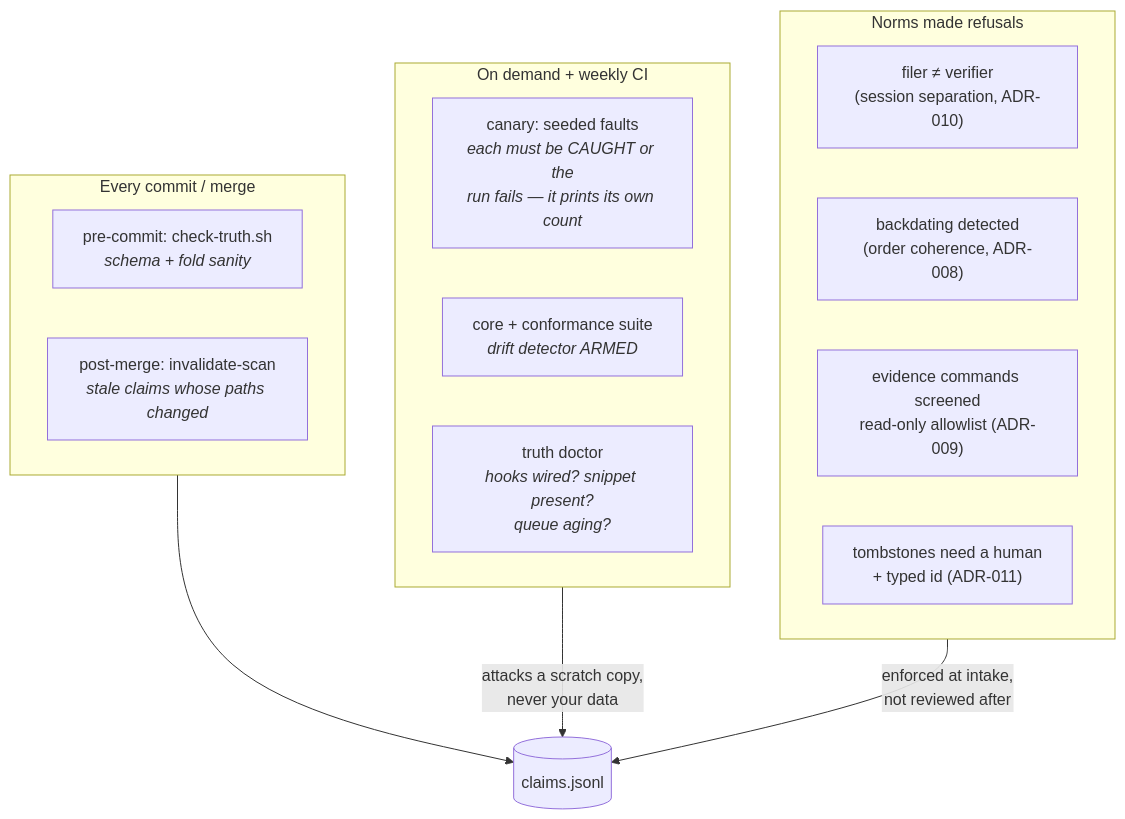
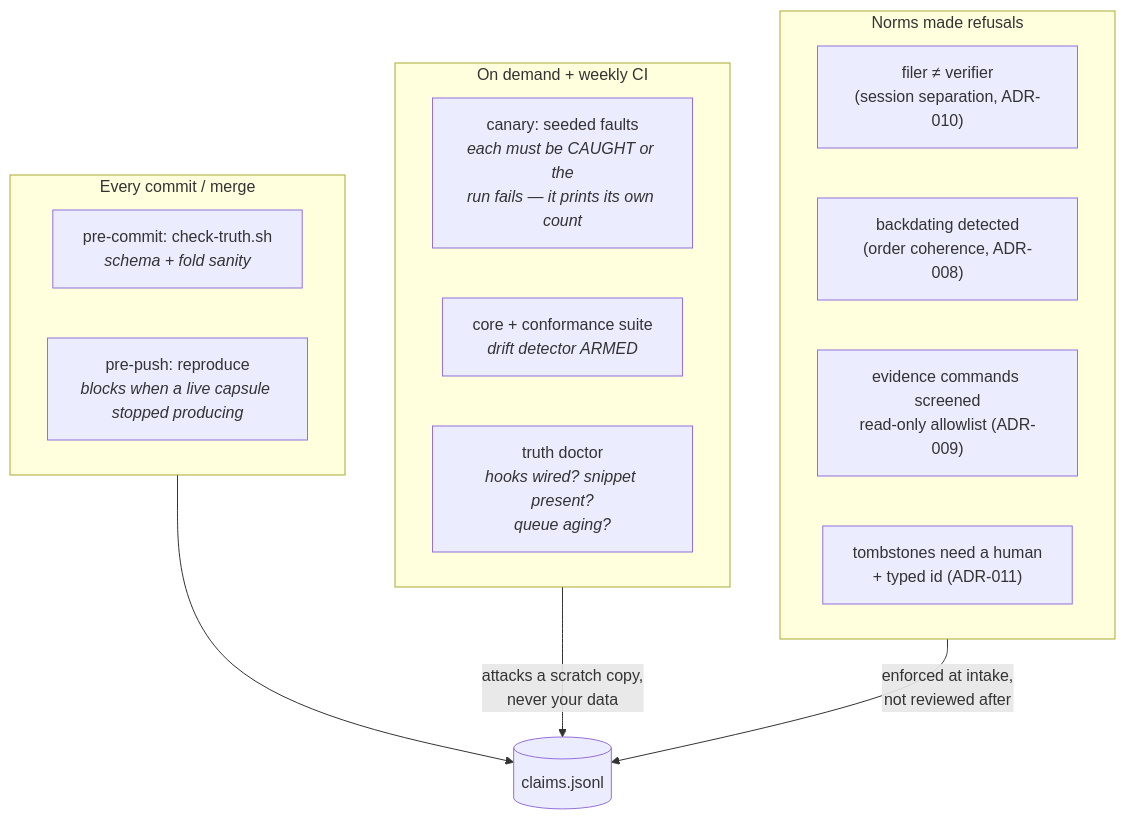
One commit to m1981/truth-ledger changed the seventh of 8 diagrams in template/docs/truth-ledger-machinery.md. Above: the diagram before and after it, drawn with Mermaid. The commit also changed 17 other files, not shown here.

````diff
--- a/template/docs/truth-ledger-machinery.md
+++ b/template/docs/truth-ledger-machinery.md
@@ -333,24 +333,24 @@
 ```mermaid
 flowchart TB
     subgraph continuous ["Every commit / merge"]
         H1["pre-commit: check-truth.sh<br/><i>schema + fold sanity</i>"]
-        H2["post-merge: invalidate-scan<br/><i>stale claims whose paths changed</i>"]
+        H2["pre-push: reproduce<br/><i>blocks when a live capsule stopped producing</i>"]
     end
 
     subgraph battery ["On demand + weekly CI"]
         G1["canary: seeded faults<br/><i>each must be CAUGHT or the<br/>run fails — it prints its own count</i>"]
         G2["core + conformance suite<br/><i>drift detector ARMED</i>"]
         G3["truth doctor<br/><i>hooks wired? snippet present?<br/>queue aging?</i>"]
     end
 
     subgraph syntax ["Norms made refusals"]
         N1["filer ≠ verifier<br/>(session separation, ADR-010)"]
         N2["backdating detected<br/>(order coherence, ADR-008)"]
         N3["evidence commands screened<br/>read-only allowlist (ADR-009)"]
         N4["tombstones need a human<br/>+ typed id (ADR-011)"]
     end
 
     continuous --> LGR[("claims.jsonl")]
     battery -->|"attacks a scratch copy,<br/>never your data"| LGR
     syntax -->|"enforced at intake,<br/>not reviewed after"| LGR
 ```
````
